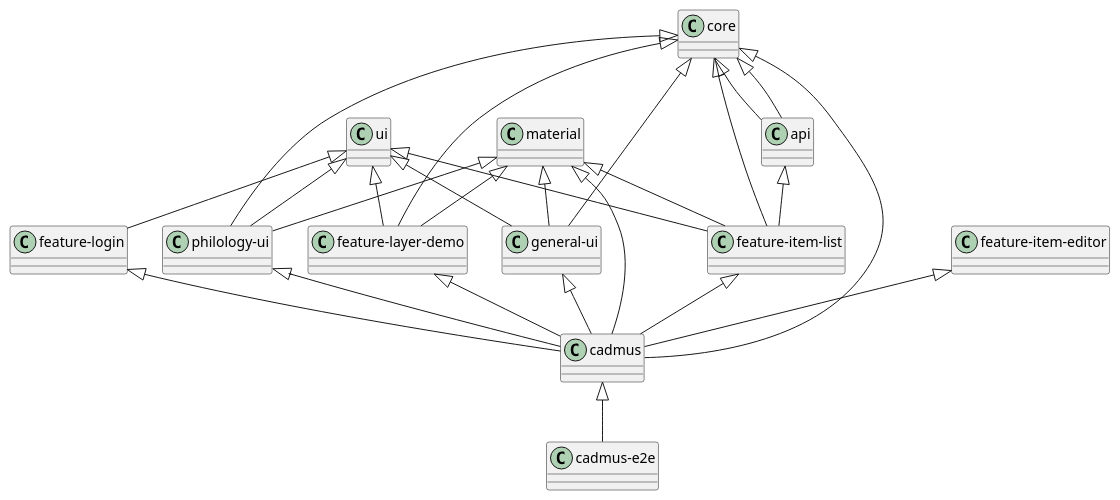
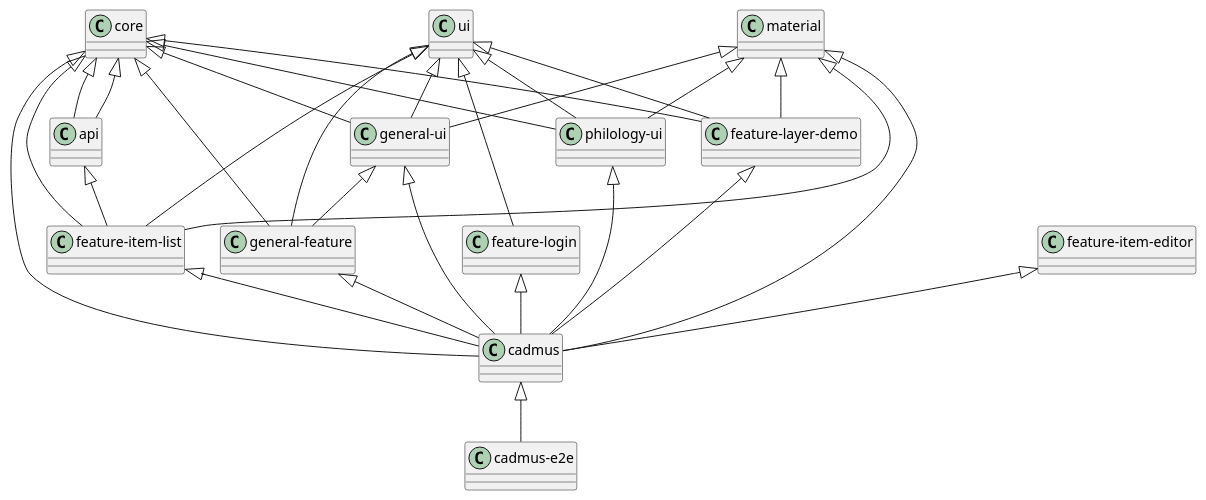
One commit to vedph/cadmus_web changed the diagram in README.md. Above: the diagram before and after it, drawn with PlantUML. The commit also changed 1 other file, not shown here.

````diff
--- a/README.md
+++ b/README.md
@@ -28,29 +28,33 @@
 ```plantuml
 @startuml
 core <|-- api
 core <|-- "general-ui"
+core <|-- "general-feature"
 core <|-- "philology-ui"
 core <|-- "feature-layer-demo"
 core <|-- "feature-item-list"
 api <|-- "feature-item-list"
 core <|-- api
 core <|-- cadmus
 material <|-- "general-ui"
 material <|-- "philology-ui"
 material <|-- "feature-layer-demo"
 material <|-- "feature-item-list"
 material <|-- cadmus
 ui <|-- "general-ui"
+ui <|-- "general-feature"
 ui <|-- "philology-ui"
 ui <|-- "feature-layer-demo"
 ui <|-- "feature-item-list"
 ui <|-- "feature-login"
 "general-ui" <|-- cadmus
+"general-ui" <|-- "general-feature"
+"general-feature" <|-- cadmus
 "philology-ui" <|-- cadmus
 "feature-layer-demo" <|-- cadmus
 "feature-item-list" <|-- cadmus
 "feature-item-editor" <|-- cadmus
 "feature-login" <|-- cadmus
 cadmus <|-- "cadmus-e2e"
 @enduml
 ```
````
